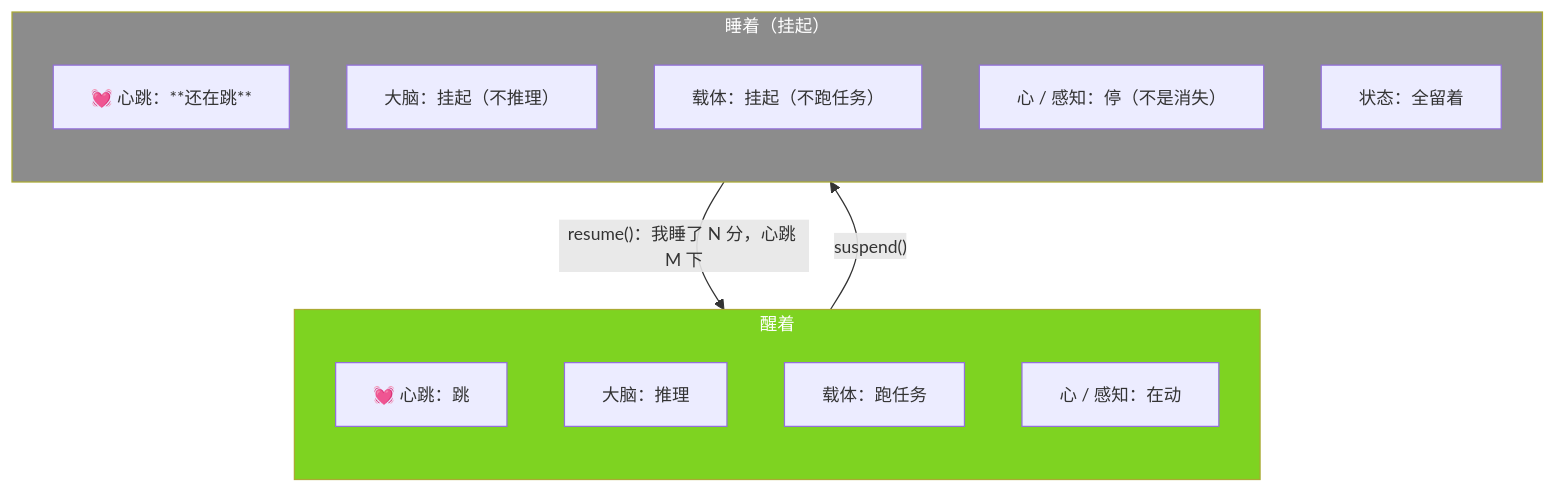
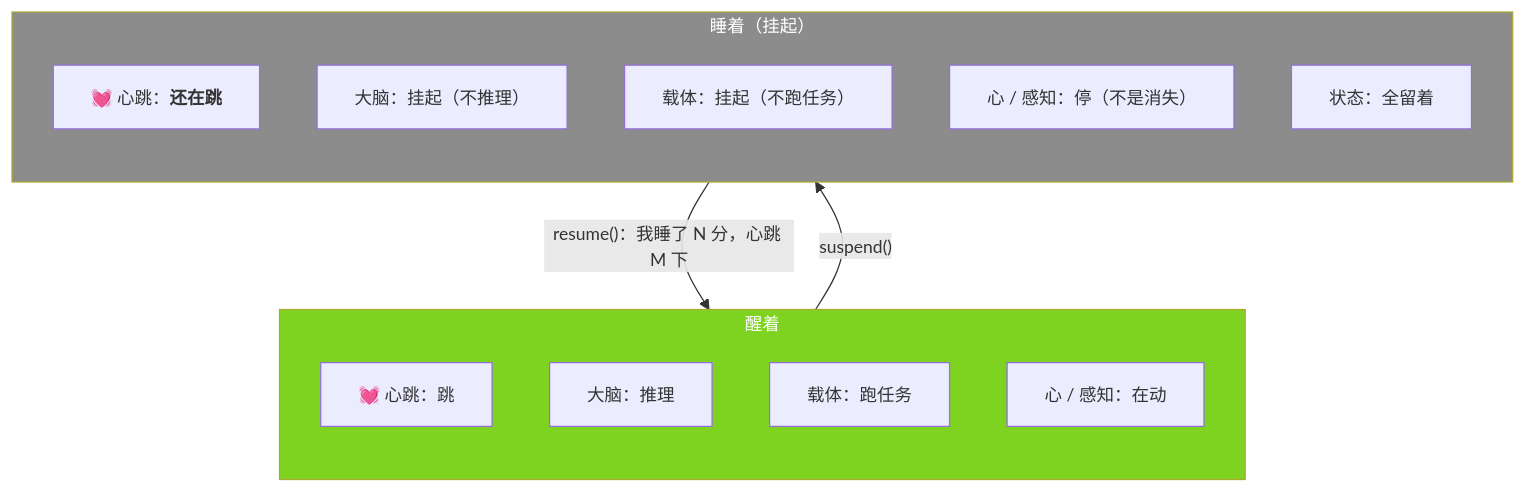
The diagram in docs/heartbeat.md (jiangchuangege/xiaojiao-harnees), drawn with Mermaid before and after one commit. The commit also changed 18 other files, not shown here.

Commit message:
修渲染缺陷：Mermaid 里 43 处 ** 换成可渲染的 <b>（Mermaid 不解析 Markdown 加粗，图里原样显示星号）；去掉列表里嵌套的 json 围栏；新增 check_render.py 并接入 CI

````diff
--- a/docs/heartbeat.md
+++ b/docs/heartbeat.md
@@ -37,24 +37,24 @@
 ```mermaid
 %%{init: {"themeVariables": {"fontSize": "14px"}, "flowchart": {"htmlLabels": true, "wrappingWidth": 340, "nodeSpacing": 46, "rankSpacing": 60, "useMaxWidth": true}}}%%
 flowchart TB
     subgraph AWAKE["醒着"]
         direction TB
         H1["💓 心跳：跳"]
         B1["大脑：推理"]
         C1["载体：跑任务"]
         P1["心 / 感知：在动"]
     end
     subgraph ASLEEP["睡着（挂起）"]
         direction TB
-        H2["💓 心跳：**还在跳**"]
+        H2["💓 心跳：<b>还在跳</b>"]
         B2["大脑：挂起（不推理）"]
         C2["载体：挂起（不跑任务）"]
         P2["心 / 感知：停（不是消失）"]
         S2["状态：全留着"]
     end
     AWAKE -->|"suspend()"| ASLEEP
     ASLEEP -->|"resume()：我睡了 N 分，心跳 M 下"| AWAKE
     style AWAKE fill:#7ED321,color:#fff
     style ASLEEP fill:#8C8C8C,color:#fff
 
 ```
````
